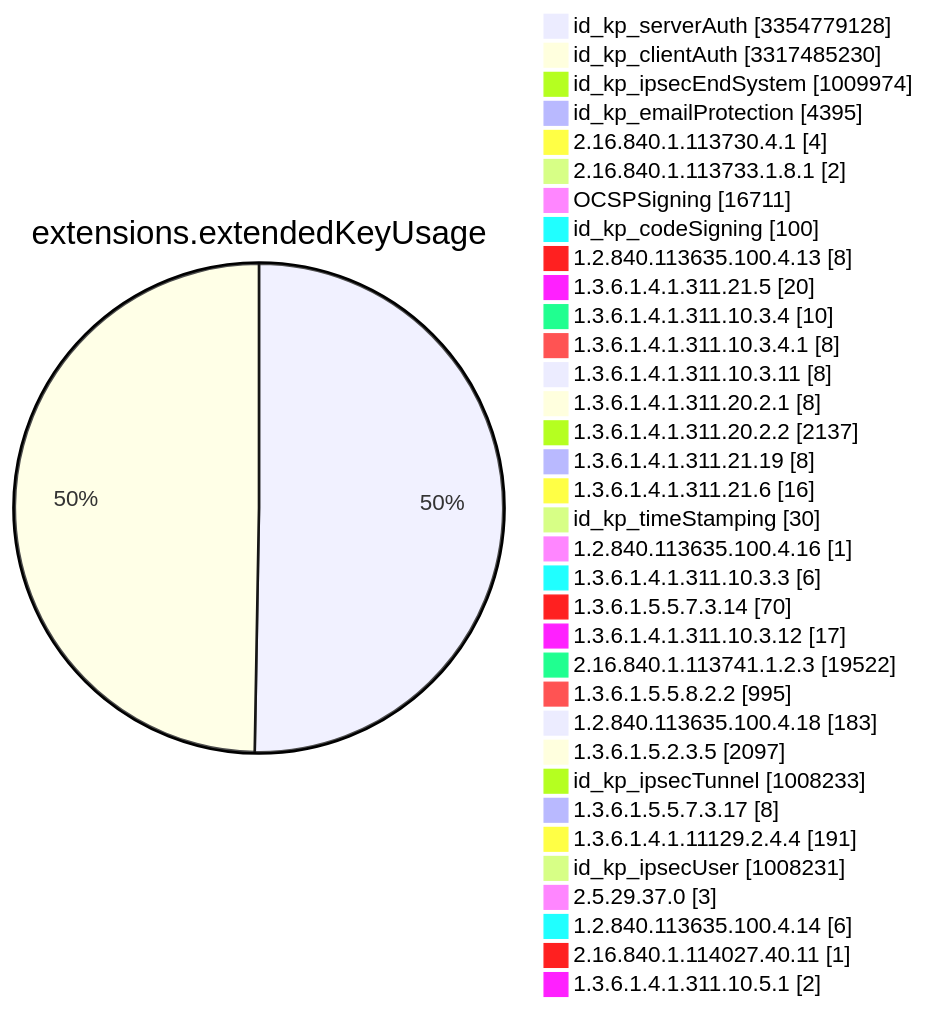
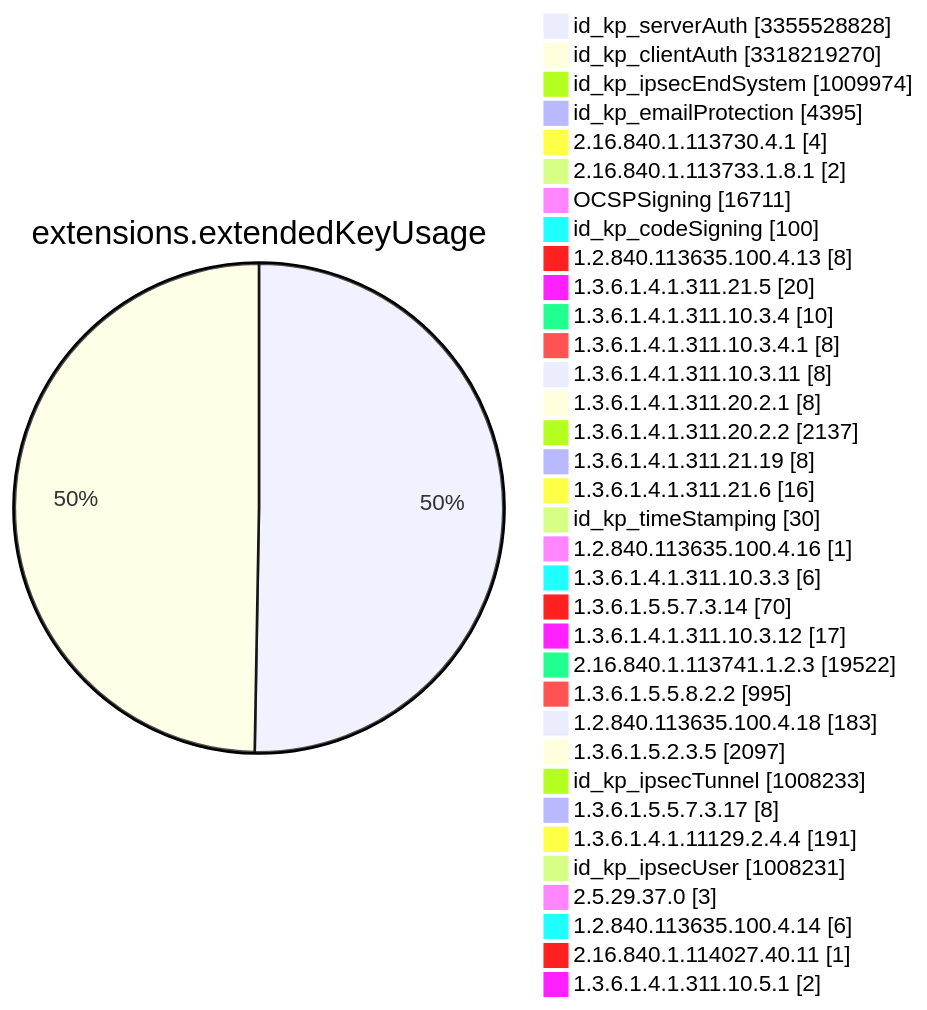
Before and after one commit to christiankrug/ctmonitor_visualization: diagram 11 of 15 in TOTAL/README.md, drawn with Mermaid. The commit also changed other lines of this file, not shown here.

````diff
--- a/TOTAL/README.md
+++ b/TOTAL/README.md
@@ -4120,38 +4120,38 @@
 ```mermaid
 pie showData
 title extensions.extendedKeyUsage
-"id_kp_serverAuth" :3354779128
-"id_kp_clientAuth" :3317485230
+"id_kp_serverAuth" :3355528828
+"id_kp_clientAuth" :3318219270
 "id_kp_ipsecEndSystem" :1009974
 "id_kp_emailProtection" :4395
 "2.16.840.1.113730.4.1" :4
 "2.16.840.1.113733.1.8.1" :2
 "OCSPSigning" :16711
 "id_kp_codeSigning" :100
 "1.2.840.113635.100.4.13" :8
 "1.3.6.1.4.1.311.21.5" :20
 "1.3.6.1.4.1.311.10.3.4" :10
 "1.3.6.1.4.1.311.10.3.4.1" :8
 "1.3.6.1.4.1.311.10.3.11" :8
 "1.3.6.1.4.1.311.20.2.1" :8
 "1.3.6.1.4.1.311.20.2.2" :2137
 "1.3.6.1.4.1.311.21.19" :8
 "1.3.6.1.4.1.311.21.6" :16
 "id_kp_timeStamping" :30
 "1.2.840.113635.100.4.16" :1
 "1.3.6.1.4.1.311.10.3.3" :6
 "1.3.6.1.5.5.7.3.14" :70
 "1.3.6.1.4.1.311.10.3.12" :17
 "2.16.840.1.113741.1.2.3" :19522
 "1.3.6.1.5.5.8.2.2" :995
 "1.2.840.113635.100.4.18" :183
 "1.3.6.1.5.2.3.5" :2097
 "id_kp_ipsecTunnel" :1008233
 "1.3.6.1.5.5.7.3.17" :8
 "1.3.6.1.4.1.11129.2.4.4" :191
 "id_kp_ipsecUser" :1008231
 "2.5.29.37.0" :3
 "1.2.840.113635.100.4.14" :6
 "2.16.840.1.114027.40.11" :1
 "1.3.6.1.4.1.311.10.5.1" :2
 ```
````
